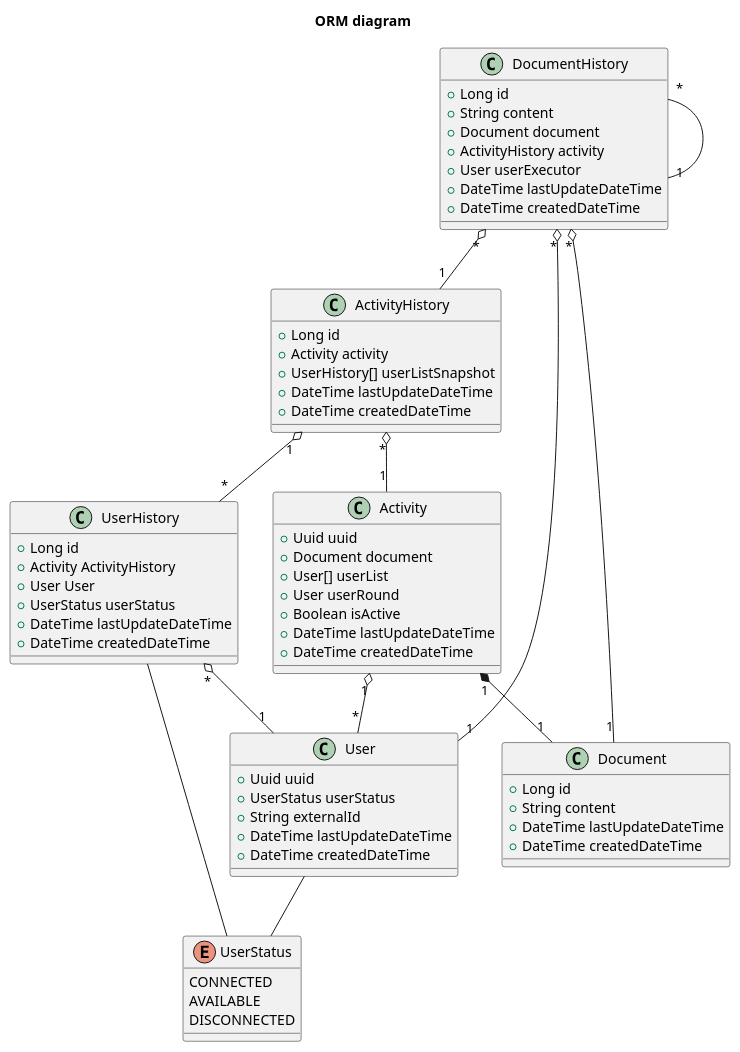
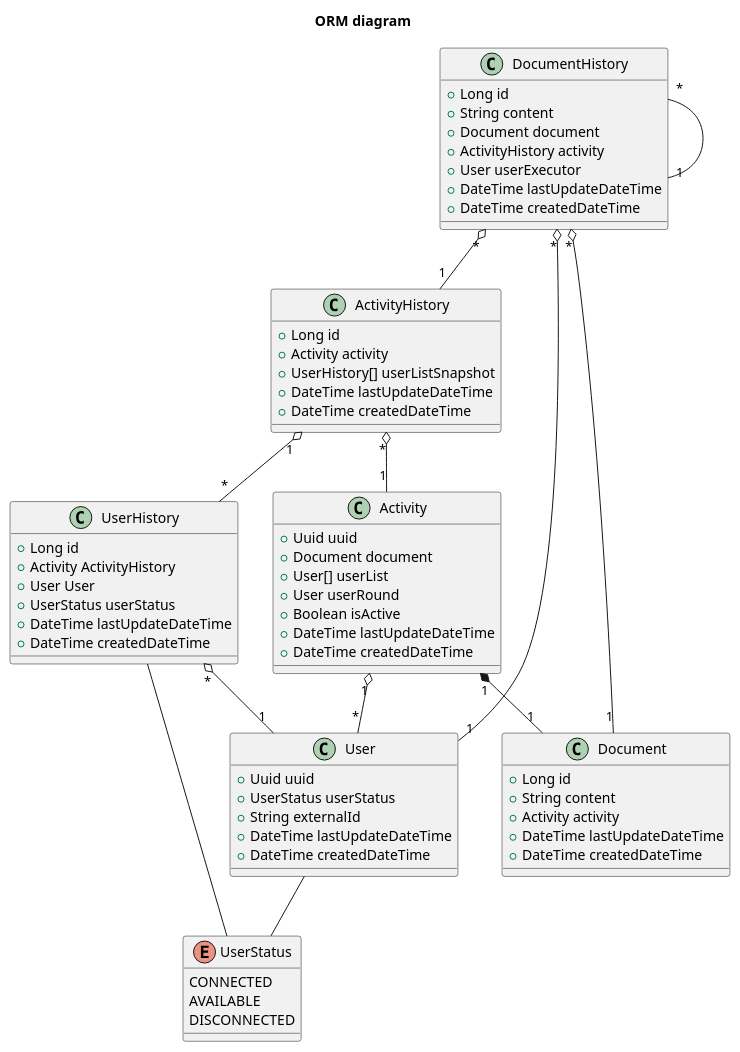
Before and after one commit to orion-services/Activity: the diagram in docs/diagrams/class/ORM.wsd, drawn with PlantUML. The commit also changed 1 other file, not shown here.

Commit message:
#18 Add Activity entity field into Document entity completing the biderectional relationship

```diff
--- a/docs/diagrams/class/ORM.wsd
+++ b/docs/diagrams/class/ORM.wsd
@@ -1,81 +1,82 @@
 @startuml ORM
   title "ORM diagram"
   ' ------ CLASS DECLARATION ------
   class Activity {
     +Uuid uuid
     +Document document
     +User[] userList
     +User userRound
     +Boolean isActive
     +DateTime lastUpdateDateTime
     +DateTime createdDateTime
   }
 
   class Document {
     +Long id
     +String content
+    +Activity activity
     +DateTime lastUpdateDateTime
     +DateTime createdDateTime
   }
 
   class DocumentHistory {
     +Long id
     +String content
     +Document document
     +ActivityHistory activity
     +User userExecutor
     +DateTime lastUpdateDateTime
     +DateTime createdDateTime
   }
 
   class ActivityHistory {
     +Long id
     +Activity activity
     +UserHistory[] userListSnapshot
     +DateTime lastUpdateDateTime
     +DateTime createdDateTime
   }
 
   class UserHistory {
     +Long id
     +Activity ActivityHistory
     +User User
     +UserStatus userStatus
     +DateTime lastUpdateDateTime
     +DateTime createdDateTime
   }
 
   class User {
     +Uuid uuid
     +UserStatus userStatus
     +String externalId
     +DateTime lastUpdateDateTime
     +DateTime createdDateTime
   }
 
   enum UserStatus {
     CONNECTED
     AVAILABLE
     DISCONNECTED
   }
   ' ------ END CLASS DECLARATION ------
   ' -----------------------------------
   ' ------ RELATION DECLARATIONS ------
   User -- UserStatus
 
   Activity "1" o-- "*"User
   Activity "1" *-- "1" Document
 
   ActivityHistory "*" o-- "1" Activity
   ActivityHistory "1" o-- "*" UserHistory
 
   DocumentHistory "*" o-- "1" Document
   DocumentHistory "*" o-- "1" User
   DocumentHistory "*" o-- "1" ActivityHistory
   DocumentHistory "*" O-- "1" DocumentHistory
 
   UserHistory "*" o-- "1" User
   UserHistory -- UserStatus
 
   ' ------ END RELATION DECLARATIONS ------
 @enduml
```
